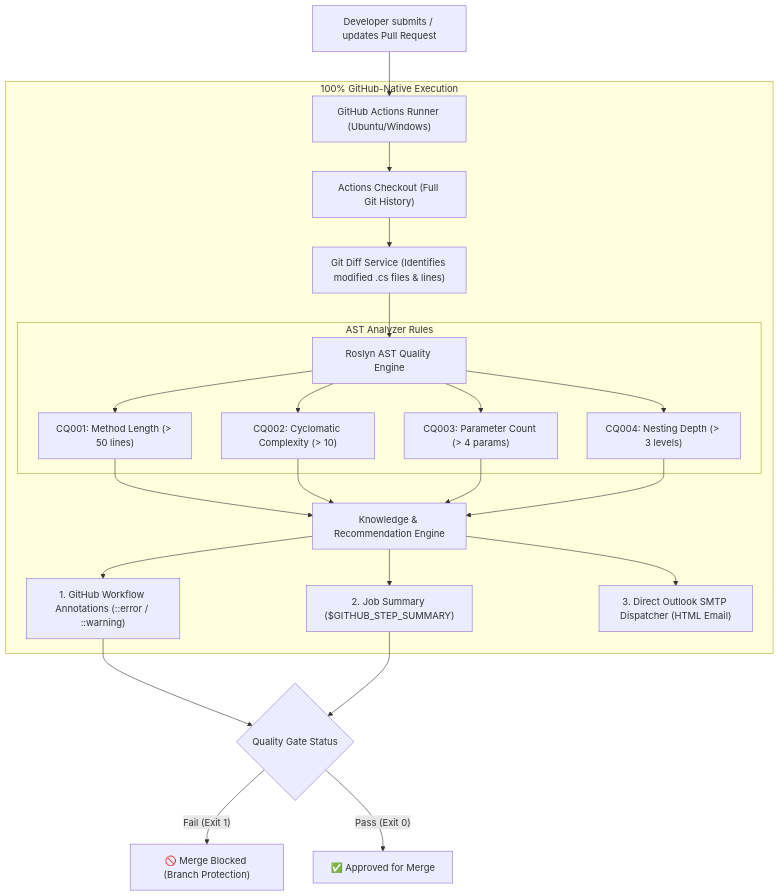
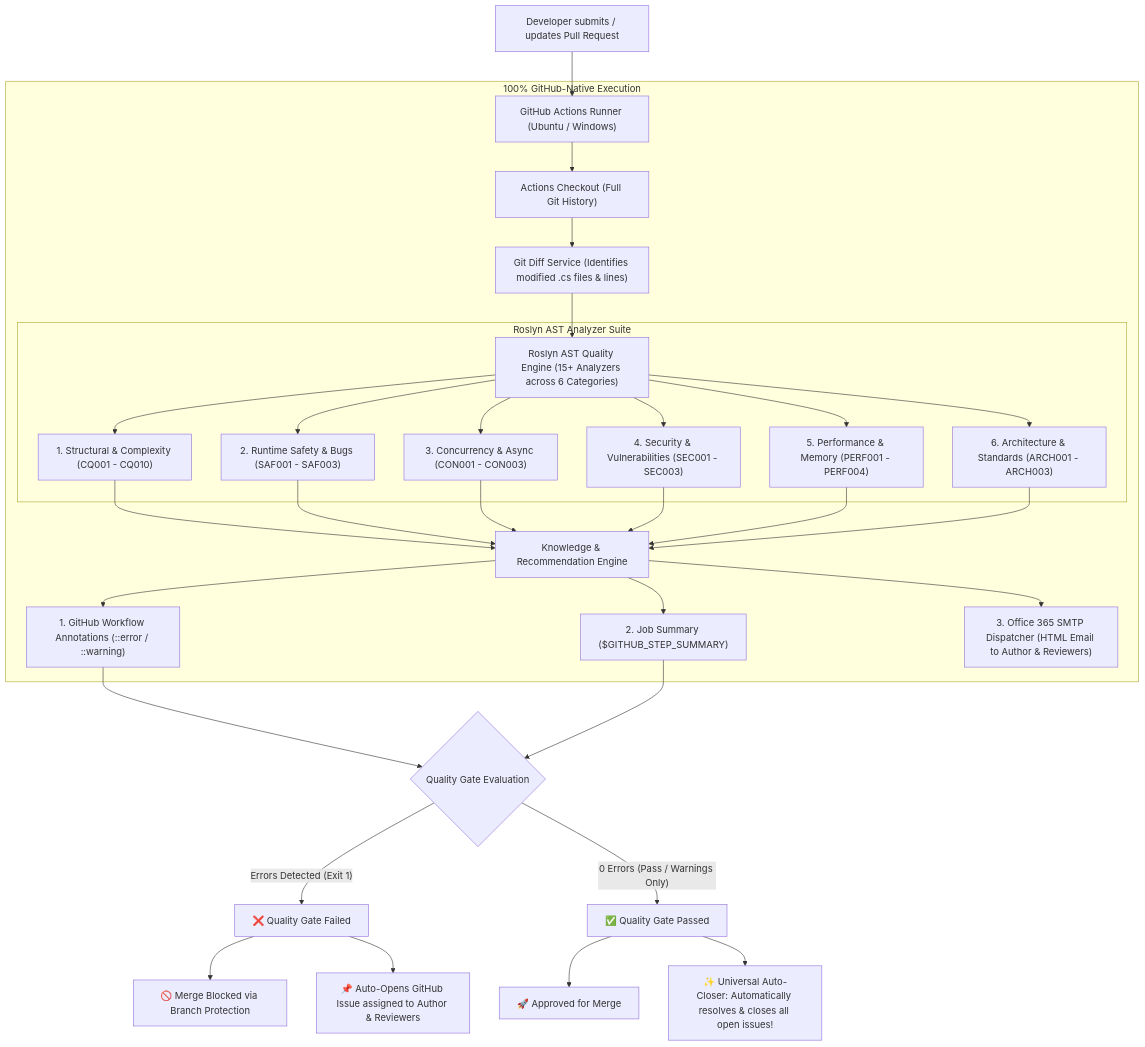
The first of 3 diagrams in README.md (kushal-titan/github_codereview), drawn with Mermaid before and after one commit. The commit also changed other lines of this file, not shown here.

Commit message:
docs: modernize README with complete 6-category analyzer suite, graduated severity, and universal issue auto-closer

````diff
--- a/README.md
+++ b/README.md
@@ -9,25 +16,34 @@
 ```mermaid
 flowchart TD
-    A["Developer submits / updates Pull Request"] --> B["GitHub Actions Runner (Ubuntu/Windows)"]
+    A["Developer submits / updates Pull Request"] --> B["GitHub Actions Runner (Ubuntu / Windows)"]
+    
     subgraph "100% GitHub-Native Execution"
         B --> C["Actions Checkout (Full Git History)"]
         C --> D["Git Diff Service (Identifies modified .cs files & lines)"]
-        D --> E["Roslyn AST Quality Engine"]
+        D --> E["Roslyn AST Quality Engine (15+ Analyzers across 6 Categories)"]
         
-        subgraph "AST Analyzer Rules"
-            E --> R1["CQ001: Method Length (> 50 lines)"]
-            E --> R2["CQ002: Cyclomatic Complexity (> 10)"]
-            E --> R3["CQ003: Parameter Count (> 4 params)"]
-            E --> R4["CQ004: Nesting Depth (> 3 levels)"]
+        subgraph "Roslyn AST Analyzer Suite"
+            E --> CAT1["1. Structural & Complexity (CQ001 - CQ010)"]
+            E --> CAT2["2. Runtime Safety & Bugs (SAF001 - SAF003)"]
+            E --> CAT3["3. Concurrency & Async (CON001 - CON003)"]
+            E --> CAT4["4. Security & Vulnerabilities (SEC001 - SEC003)"]
+            E --> CAT5["5. Performance & Memory (PERF001 - PERF004)"]
+            E --> CAT6["6. Architecture & Standards (ARCH001 - ARCH003)"]
         end
         
-        R1 & R2 & R3 & R4 --> K["Knowledge & Recommendation Engine"]
+        CAT1 & CAT2 & CAT3 & CAT4 & CAT5 & CAT6 --> K["Knowledge & Recommendation Engine"]
         K --> G1["1. GitHub Workflow Annotations (::error / ::warning)"]
         K --> G2["2. Job Summary ($GITHUB_STEP_SUMMARY)"]
-        K --> G3["3. Direct Outlook SMTP Dispatcher (HTML Email)"]
+        K --> G3["3. Office 365 SMTP Dispatcher (HTML Email to Author & Reviewers)"]
     end
     
-    G1 & G2 --> Q{"Quality Gate Status"}
-    Q -- "Fail (Exit 1)" --> F["🚫 Merge Blocked (Branch Protection)"]
-    Q -- "Pass (Exit 0)" --> S["✅ Approved for Merge"]
+    G1 & G2 --> Q{"Quality Gate Evaluation"}
+    
+    Q -- "Errors Detected (Exit 1)" --> F1["❌ Quality Gate Failed"]
+    F1 --> F2["🚫 Merge Blocked via Branch Protection"]
+    F1 --> F3["📌 Auto-Opens GitHub Issue assigned to Author & Reviewers"]
+    
+    Q -- "0 Errors (Pass / Warnings Only)" --> S1["✅ Quality Gate Passed"]
+    S1 --> S2["🚀 Approved for Merge"]
+    S1 --> S3["✨ Universal Auto-Closer: Automatically resolves & closes all open issues!"]
 ```
````
